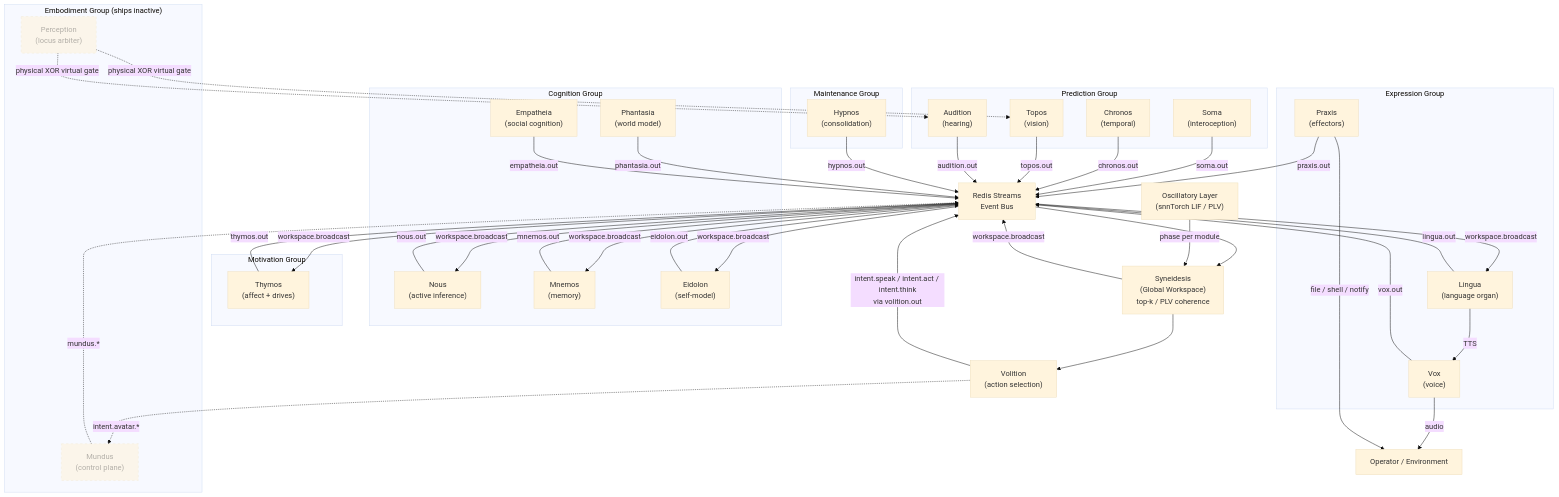
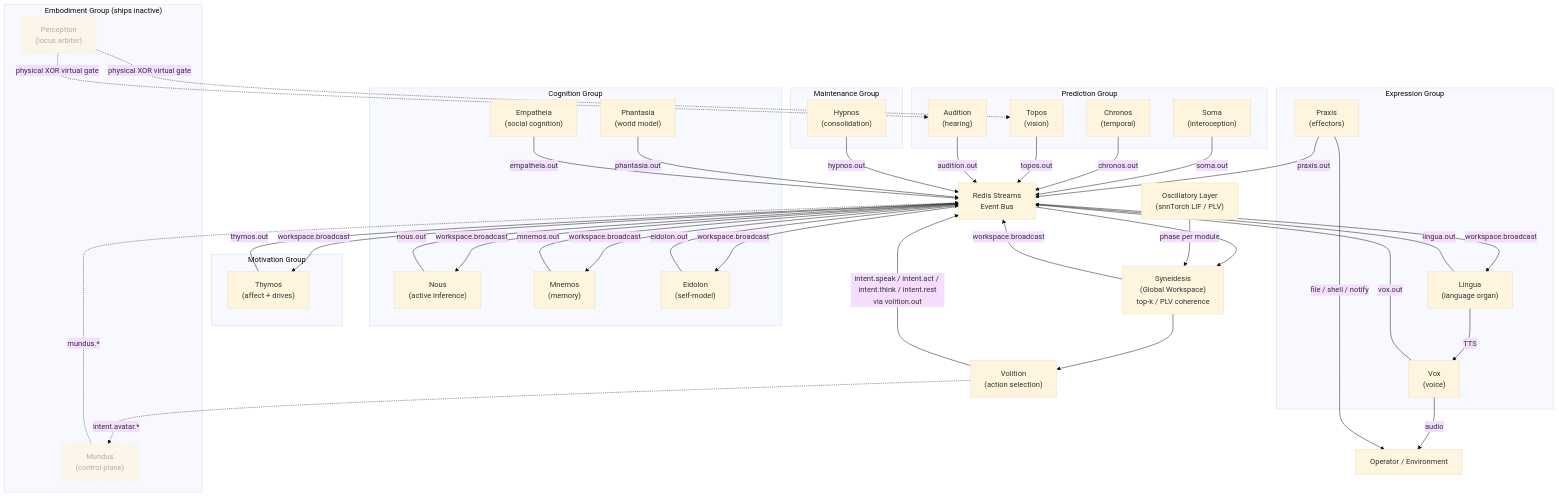
The diagram in docs/architecture.md (kaineone/kaine), drawn with Mermaid (base theme) before and after one commit. The commit also changed other lines of this file and 17 other files, not shown here.

````diff
--- a/docs/architecture.md
+++ b/docs/architecture.md
@@ -50,79 +50,79 @@
 ```mermaid
 graph TD
     subgraph Perception["Prediction Group"]
         Soma["Soma\n(interoception)"]
         Chronos["Chronos\n(temporal)"]
         Topos["Topos\n(vision)"]
         Audition["Audition\n(hearing)"]
     end
 
     subgraph Cognition["Cognition Group"]
         Nous["Nous\n(active inference)"]
         Mnemos["Mnemos\n(memory)"]
         Eidolon["Eidolon\n(self-model)"]
         Phantasia["Phantasia\n(world model)"]
         Empatheia["Empatheia\n(social cognition)"]
     end
 
     subgraph Motivation["Motivation Group"]
         Thymos["Thymos\n(affect + drives)"]
     end
 
     subgraph Expression["Expression Group"]
         Lingua["Lingua\n(language organ)"]
         Vox["Vox\n(voice)"]
         Praxis["Praxis\n(effectors)"]
     end
 
     subgraph Maintenance["Maintenance Group"]
         Hypnos["Hypnos\n(consolidation)"]
     end
 
     subgraph Embodiment["Embodiment Group (ships inactive)"]
         PerceptionLocus["Perception\n(locus arbiter)"]
         Mundus["Mundus\n(control plane)"]
     end
 
     Bus["Redis Streams\nEvent Bus"]
     Syneidesis["Syneidesis\n(Global Workspace)\ntop-k / PLV coherence"]
     Volition["Volition\n(action selection)"]
     OscillatorLayer["Oscillatory Layer\n(snnTorch LIF / PLV)"]
 
     Soma -->|"soma.out"| Bus
     Chronos -->|"chronos.out"| Bus
     Topos -->|"topos.out"| Bus
     Audition -->|"audition.out"| Bus
     Nous -->|"nous.out"| Bus
     Mnemos -->|"mnemos.out"| Bus
     Eidolon -->|"eidolon.out"| Bus
     Phantasia -->|"phantasia.out"| Bus
     Empatheia -->|"empatheia.out"| Bus
     Thymos -->|"thymos.out"| Bus
     Lingua -->|"lingua.out"| Bus
     Vox -->|"vox.out"| Bus
     Praxis -->|"praxis.out"| Bus
     Hypnos -->|"hypnos.out"| Bus
 
     Bus --> Syneidesis
     OscillatorLayer -->|"phase per module"| Syneidesis
     Syneidesis -->|"workspace.broadcast"| Bus
     Syneidesis --> Volition
-    Volition -->|"intent.speak / intent.act / intent.think\nvia volition.out"| Bus
+    Volition -->|"intent.speak / intent.act / intent.think / intent.rest\nvia volition.out"| Bus
     Bus -->|"workspace.broadcast"| Lingua
     Bus -->|"workspace.broadcast"| Nous
     Bus -->|"workspace.broadcast"| Mnemos
     Bus -->|"workspace.broadcast"| Thymos
     Bus -->|"workspace.broadcast"| Eidolon
 
     Lingua -->|"TTS"| Vox
     Vox -->|"audio"| Operator["Operator / Environment"]
     Praxis -->|"file / shell / notify"| Operator
 
     PerceptionLocus -.->|"physical XOR virtual gate"| Topos
     PerceptionLocus -.->|"physical XOR virtual gate"| Audition
     Mundus -.->|"mundus.*"| Bus
     Volition -.->|"intent.avatar.*"| Mundus
 
     classDef inactive stroke-dasharray: 5 5,opacity:0.6;
     class PerceptionLocus,Mundus inactive;
 ```
````
